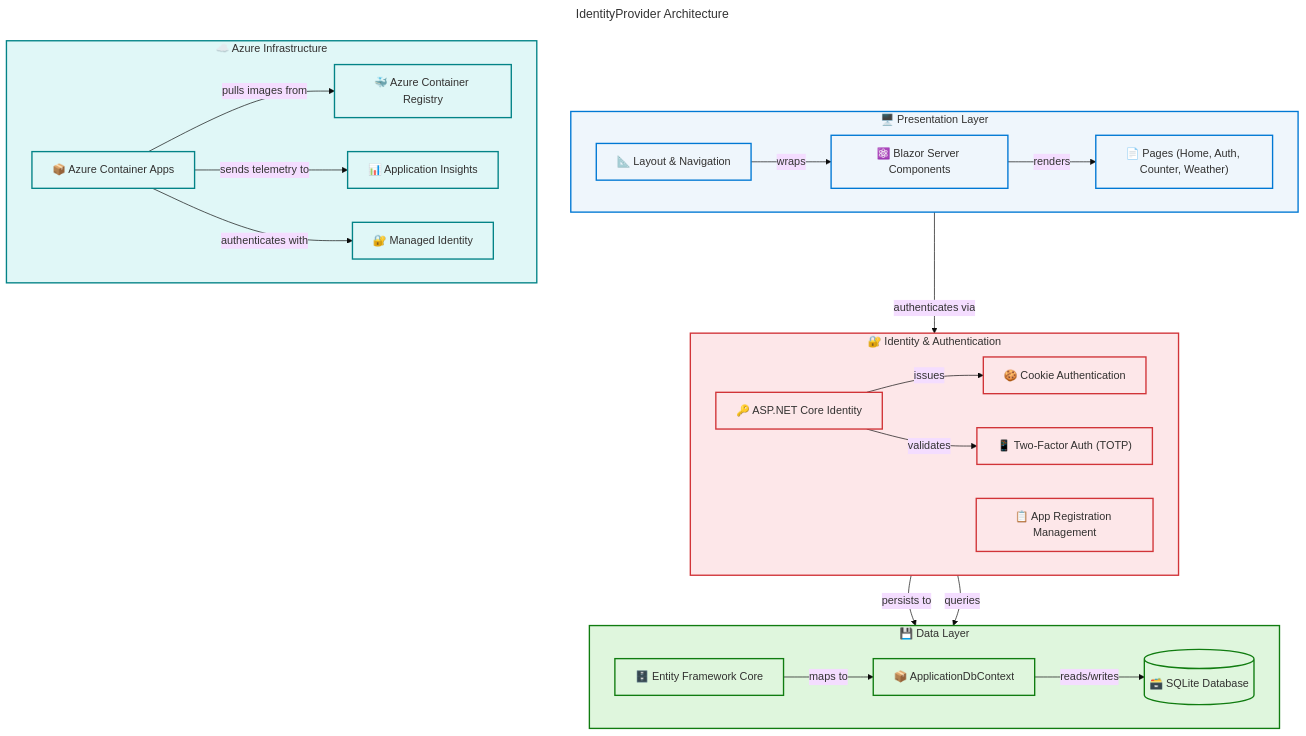
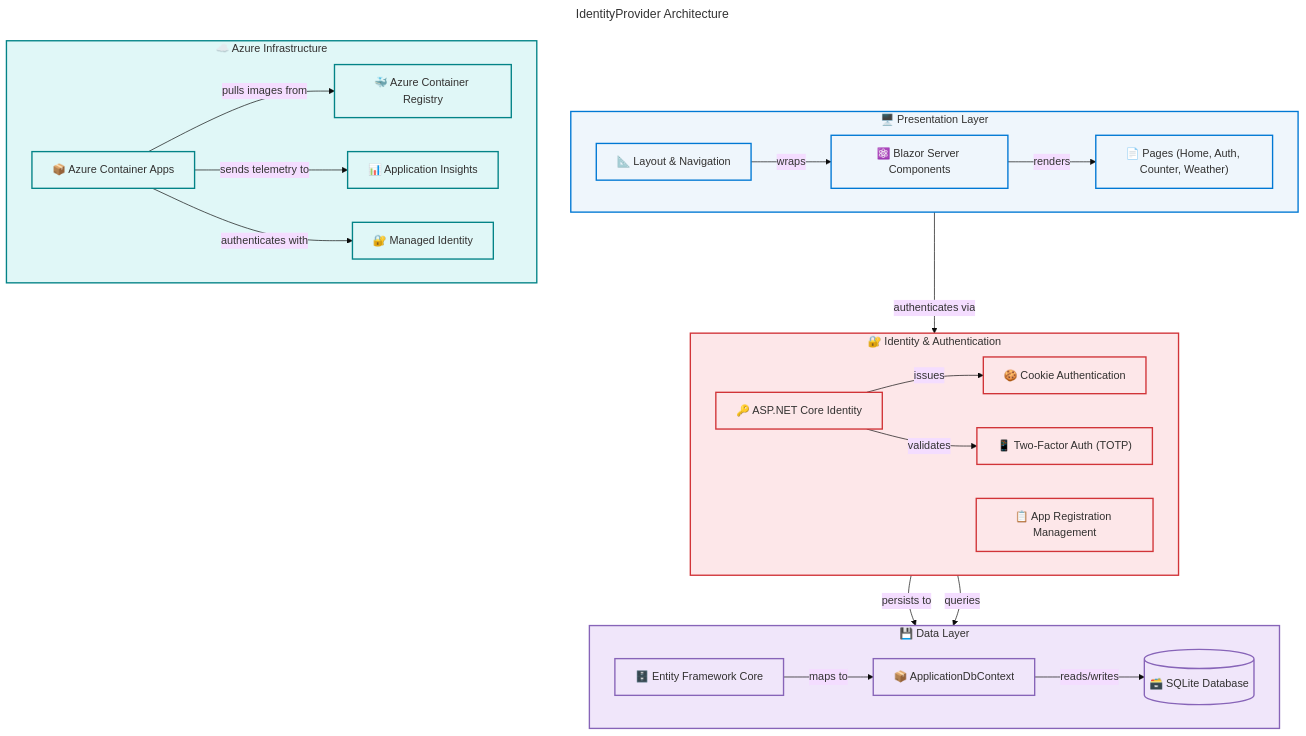
The diagram in README.md (Evilazaro/IdentityProvider), drawn with Mermaid before and after one commit.

Commit message:
Enhance README.md flowchart with updated styling, semantic class definitions, and improved accessibility features

````diff
--- a/README.md
+++ b/README.md
@@ -187,79 +187,80 @@
 ```mermaid
 ---
 title: "IdentityProvider Architecture"
 config:
   theme: base
   look: classic
   layout: dagre
+  themeVariables:
+    fontSize: '16px'
   flowchart:
     htmlLabels: true
 ---
 flowchart TB
     accTitle: IdentityProvider Application Architecture
     accDescr: Layered architecture showing Blazor Server frontend, ASP.NET Core Identity middleware, Entity Framework Core data layer, SQLite database, and Azure Container Apps deployment infrastructure
 
-    %% ═══════════════════════════════════════════════
+    %% ═══════════════════════════════════════════════════════════════════════════
     %% AZURE / FLUENT ARCHITECTURE PATTERN v1.1
     %% (Semantic + Structural + Font + Accessibility Governance)
-    %% ═══════════════════════════════════════════════
+    %% ═══════════════════════════════════════════════════════════════════════════
     %% PHASE 1 - FLUENT UI: All styling uses approved Fluent UI palette only
     %% PHASE 2 - GROUPS: Every subgraph has semantic color via style directive
     %% PHASE 3 - COMPONENTS: Every node has semantic classDef + icon prefix
     %% PHASE 4 - ACCESSIBILITY: accTitle/accDescr present, WCAG AA contrast
     %% PHASE 5 - STANDARD: Governance block present, classDefs centralized
-    %% ═══════════════════════════════════════════════
+    %% ═══════════════════════════════════════════════════════════════════════════
 
     subgraph presentation["🖥️ Presentation Layer"]
         direction LR
         blazor["⚛️ Blazor Server Components"]:::core
         layout["📐 Layout & Navigation"]:::core
         pages["📄 Pages (Home, Auth, Counter, Weather)"]:::core
     end
 
     subgraph identity["🔐 Identity & Authentication"]
         direction LR
-        auth["🔑 ASP.NET Core Identity"]:::security
-        cookies["🍪 Cookie Authentication"]:::security
-        twofa["📱 Two-Factor Auth (TOTP)"]:::security
-        appreg["📋 App Registration Management"]:::security
+        auth["🔑 ASP.NET Core Identity"]:::danger
+        cookies["🍪 Cookie Authentication"]:::danger
+        twofa["📱 Two-Factor Auth (TOTP)"]:::danger
+        appreg["📋 App Registration Management"]:::danger
     end
 
     subgraph data["💾 Data Layer"]
         direction LR
         efcore["🗄️ Entity Framework Core"]:::data
         dbcontext["📦 ApplicationDbContext"]:::data
         sqlite[("🗃️ SQLite Database")]:::data
     end
 
     subgraph azure["☁️ Azure Infrastructure"]
         direction LR
-        containerapp["📦 Azure Container Apps"]:::cloud
-        acr["🐳 Azure Container Registry"]:::cloud
-        appinsights["📊 Application Insights"]:::cloud
-        managedid["🔐 Managed Identity"]:::cloud
+        containerapp["📦 Azure Container Apps"]:::external
+        acr["🐳 Azure Container Registry"]:::external
+        appinsights["📊 Application Insights"]:::external
+        managedid["🔐 Managed Identity"]:::external
     end
 
     blazor -->|"renders"| pages
     layout -->|"wraps"| blazor
     pages -->|"authenticates via"| auth
     auth -->|"issues"| cookies
     auth -->|"validates"| twofa
     appreg -->|"persists to"| efcore
     auth -->|"queries"| efcore
     efcore -->|"maps to"| dbcontext
     dbcontext -->|"reads/writes"| sqlite
     containerapp -->|"pulls images from"| acr
     containerapp -->|"sends telemetry to"| appinsights
     containerapp -->|"authenticates with"| managedid
 
     style presentation fill:#EFF6FC,stroke:#0078D4,stroke-width:2px,color:#323130
     style identity fill:#FDE7E9,stroke:#D13438,stroke-width:2px,color:#323130
-    style data fill:#DFF6DD,stroke:#107C10,stroke-width:2px,color:#323130
+    style data fill:#F0E6FA,stroke:#8764B8,stroke-width:2px,color:#323130
     style azure fill:#E0F7F7,stroke:#038387,stroke-width:2px,color:#323130
 
-    %% Centralized semantic classDefs (Phase 5 compliant)
     classDef core fill:#EFF6FC,stroke:#0078D4,stroke-width:2px,color:#323130
-    classDef security fill:#FDE7E9,stroke:#D13438,stroke-width:2px,color:#323130
-    classDef data fill:#DFF6DD,stroke:#107C10,stroke-width:2px,color:#323130
-    classDef cloud fill:#E0F7F7,stroke:#038387,stroke-width:2px,color:#323130
+    classDef danger fill:#FDE7E9,stroke:#D13438,stroke-width:2px,color:#323130
+    classDef data fill:#F0E6FA,stroke:#8764B8,stroke-width:2px,color:#323130
+    classDef external fill:#E0F7F7,stroke:#038387,stroke-width:2px,color:#323130
 ```
````
